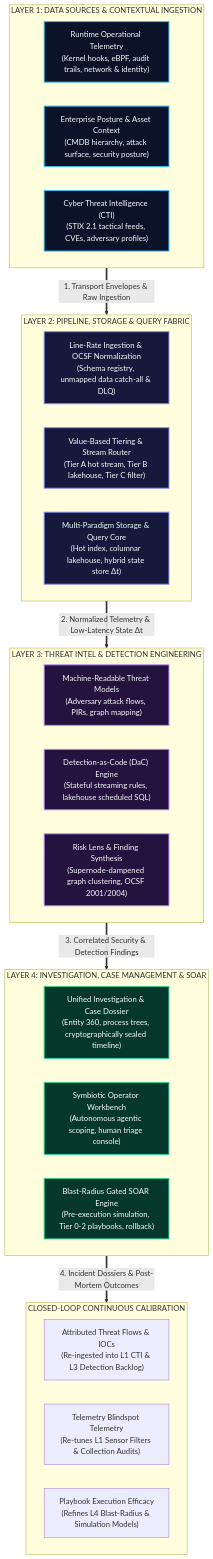
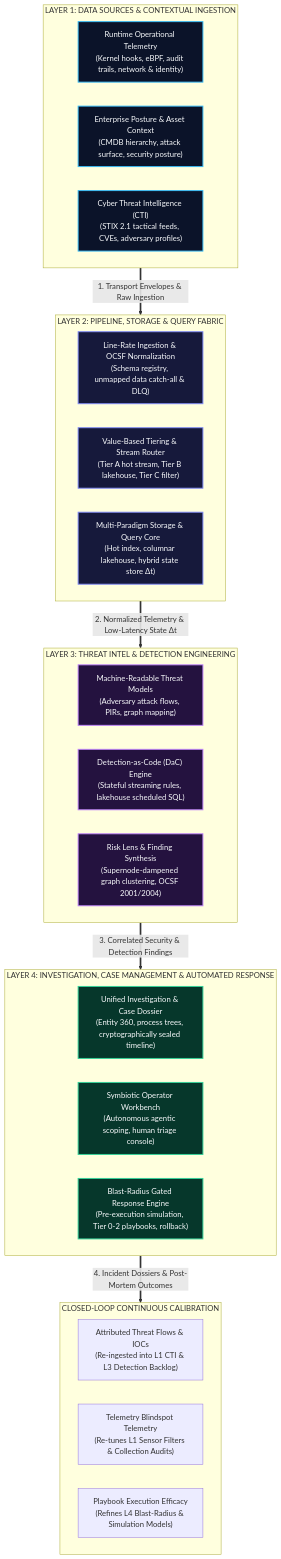
The diagram in docs/diagrams/tidir-target-architecture.mmd (Haribu/TIDIR), drawn with Mermaid before and after one commit. The commit also changed 34 other files, not shown here.

```diff
--- a/docs/diagrams/tidir-target-architecture.mmd
+++ b/docs/diagrams/tidir-target-architecture.mmd
@@ -1,47 +1,47 @@
 flowchart TB
   %% Class Definitions for Visual Hierarchy & Styling
   classDef layer1 fill:#0b1329,stroke:#38bdf8,stroke-width:2px,color:#f8fafc;
   classDef layer2 fill:#16193b,stroke:#818cf8,stroke-width:2px,color:#f8fafc;
   classDef layer3 fill:#24123f,stroke:#c084fc,stroke-width:2px,color:#f8fafc;
   classDef layer4 fill:#06372b,stroke:#34d399,stroke-width:2px,color:#f8fafc;
 
   %% Layer 1: Data Sources & Environmental Inputs
   subgraph L1 ["LAYER 1: DATA SOURCES & CONTEXTUAL INGESTION"]
     L1_TELEM["Runtime Operational Telemetry\n(Kernel hooks, eBPF, audit trails, network & identity)"]:::layer1
     L1_CTX["Enterprise Posture & Asset Context\n(CMDB hierarchy, attack surface, security posture)"]:::layer1
     L1_CTI["Cyber Threat Intelligence (CTI)\n(STIX 2.1 tactical feeds, CVEs, adversary profiles)"]:::layer1
   end
 
   %% Layer 2: Pipeline, Storage & Query Fabric
   subgraph L2 ["LAYER 2: PIPELINE, STORAGE & QUERY FABRIC"]
     L2_INGEST["Line-Rate Ingestion & OCSF Normalization\n(Schema registry, unmapped data catch-all & DLQ)"]:::layer2
     L2_ROUTER["Value-Based Tiering & Stream Router\n(Tier A hot stream, Tier B lakehouse, Tier C filter)"]:::layer2
     L2_STORAGE["Multi-Paradigm Storage & Query Core\n(Hot index, columnar lakehouse, hybrid state store Δt)"]:::layer2
   end
 
   %% Layer 3: Threat Intelligence & Detection Engineering
   subgraph L3 ["LAYER 3: THREAT INTEL & DETECTION ENGINEERING"]
     L3_FLOW["Machine-Readable Threat Models\n(Adversary attack flows, PIRs, graph mapping)"]:::layer3
     L3_DAC["Detection-as-Code (DaC) Engine\n(Stateful streaming rules, lakehouse scheduled SQL)"]:::layer3
     L3_RISK["Risk Lens & Finding Synthesis\n(Supernode-dampened graph clustering, OCSF 2001/2004)"]:::layer3
   end
 
   %% Layer 4: Incident Response & Automation
-  subgraph L4 ["LAYER 4: INVESTIGATION, CASE MANAGEMENT & SOAR"]
+  subgraph L4 ["LAYER 4: INVESTIGATION, CASE MANAGEMENT & AUTOMATED RESPONSE"]
     L4_DOSSIER["Unified Investigation & Case Dossier\n(Entity 360, process trees, cryptographically sealed timeline)"]:::layer4
     L4_TRIAGE["Symbiotic Operator Workbench\n(Autonomous agentic scoping, human triage console)"]:::layer4
-    L4_SOAR["Blast-Radius Gated SOAR Engine\n(Pre-execution simulation, Tier 0-2 playbooks, rollback)"]:::layer4
+    L4_RESP["Blast-Radius Gated Response Engine\n(Pre-execution simulation, Tier 0-2 playbooks, rollback)"]:::layer4
   end
 
   %% Closed-Loop Architectural Feedback
   subgraph FB ["CLOSED-LOOP CONTINUOUS CALIBRATION"]
     FB_INTEL["Attributed Threat Flows & IOCs\n(Re-ingested into L1 CTI & L3 Detection Backlog)"]
     FB_GAPS["Telemetry Blindspot Telemetry\n(Re-tunes L1 Sensor Filters & Collection Audits)"]
-    FB_SOAR["Playbook Execution Efficacy\n(Refines L4 Blast-Radius & Simulation Models)"]
+    FB_RESP["Playbook Execution Efficacy\n(Refines L4 Blast-Radius & Simulation Models)"]
   end
 
   %% Operational Progression (Strict Top-to-Bottom DAG)
   L1 ==>|1. Transport Envelopes & Raw Ingestion| L2
   L2 ==>|2. Normalized Telemetry & Low-Latency State Δt| L3
   L3 ==>|3. Correlated Security & Detection Findings| L4
   L4 ==>|4. Incident Dossiers & Post-Mortem Outcomes| FB
```
